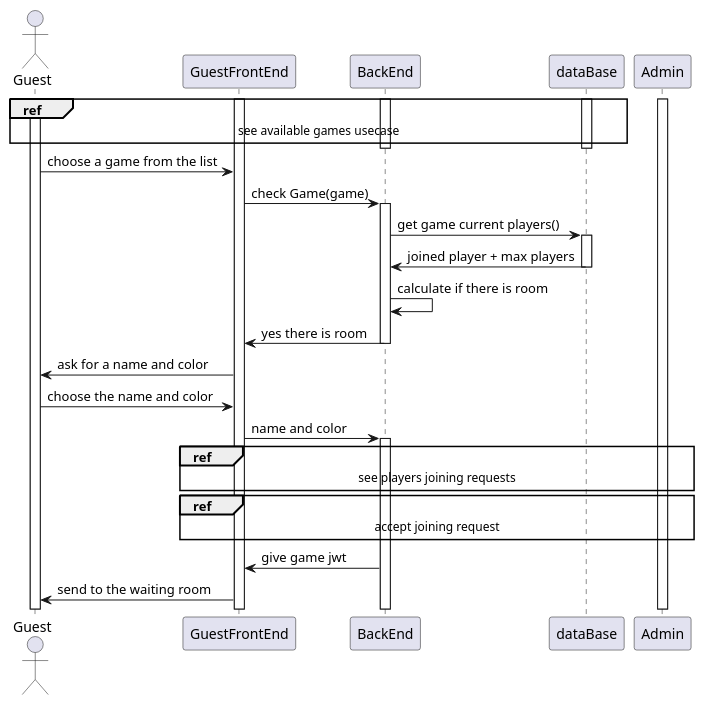
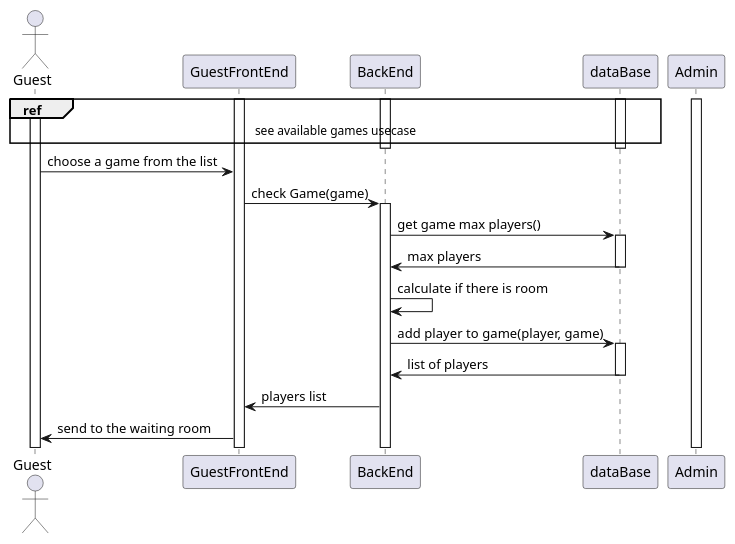
Before and after one commit to monoploy-game/design: the diagram in detailedSDs/guest/join_game.wsd, drawn with PlantUML. The commit also changed 1 other file, not shown here.

Commit message:
updated join game sd and dSD, to sync with class diagram

```diff
--- a/detailedSDs/guest/join_game.wsd
+++ b/detailedSDs/guest/join_game.wsd
@@ -1,41 +1,29 @@
 @startuml
-
+ 
 actor Guest
 
 Activate Guest
 Activate GuestFrontEnd
 Activate BackEnd
 Activate dataBase
 Activate Admin
-
+ 
 ref over Guest,GuestFrontEnd, BackEnd, dataBase : see available games usecase
 deactivate BackEnd
 deactivate dataBase
-
 Guest -> GuestFrontEnd : choose a game from the list
-
 GuestFrontEnd -> BackEnd : check Game(game)
 Activate BackEnd
+BackEnd -> dataBase : get game max players()
+Activate dataBase
+dataBase -> BackEnd : max players
+deactivate dataBase
+BackEnd -> BackEnd : calculate if there is room
+BackEnd -> dataBase : add player to game(player, game)
+Activate dataBase
+dataBase -> BackEnd : list of players
+deactivate dataBase
+BackEnd -> GuestFrontEnd : players list
 
-BackEnd -> dataBase : get game current players()
-Activate dataBase
-dataBase -> BackEnd : joined player + max players
-deactivate dataBase
-
-BackEnd -> BackEnd : calculate if there is room
-BackEnd -> GuestFrontEnd : yes there is room
-deactivate BackEnd
-
-GuestFrontEnd -> Guest : ask for a name and color
-Guest -> GuestFrontEnd : choose the name and color
-
-GuestFrontEnd -> BackEnd : name and color
-Activate BackEnd
-
-ref over Admin,GuestFrontEnd : see players joining requests
-ref over Admin,GuestFrontEnd : accept joining request
-
-BackEnd -> GuestFrontEnd : give game jwt
 GuestFrontEnd -> Guest : send to the waiting room
-
 @enduml
```
